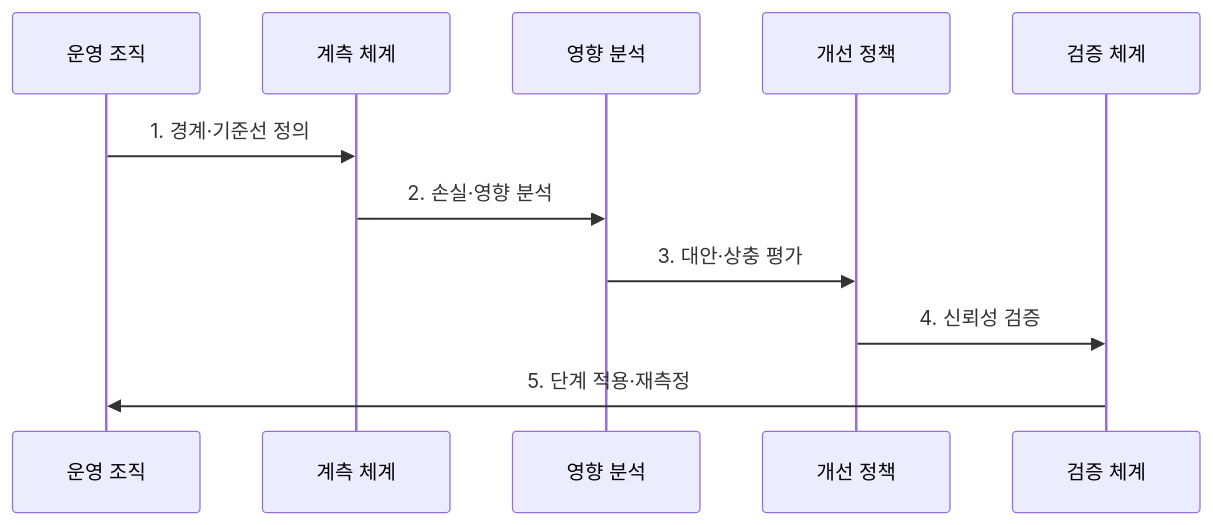
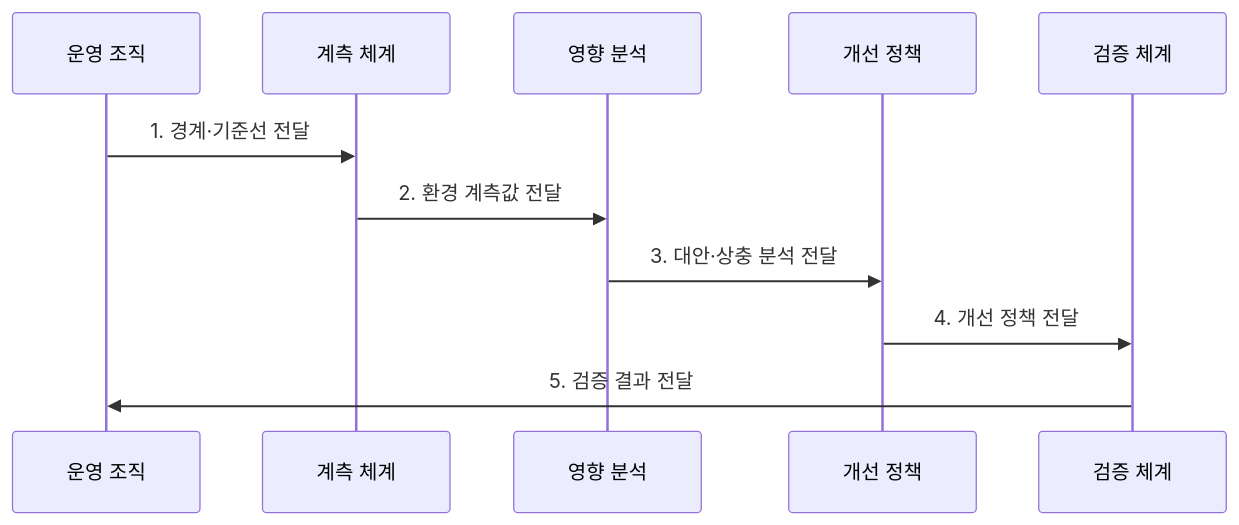
One commit to agnusdei1207/knowledge-base changed the second of 2 diagrams in src/content/docs/notes/08-latest-tech/197_green_data_center.md. Above: the diagram before and after it, drawn with Mermaid. The commit also changed other lines of this file and 225 other files, not shown here.

````diff
--- a/src/content/docs/notes/08-latest-tech/197_green_data_center.md
+++ b/src/content/docs/notes/08-latest-tech/197_green_data_center.md
@@ -75,13 +75,13 @@
 ```mermaid
 sequenceDiagram
   participant O as 운영 조직
   participant M as 계측 체계
   participant A as 영향 분석
   participant P as 개선 정책
   participant V as 검증 체계
-  O->>M: 1. 경계·기준선 정의
-  M->>A: 2. 손실·영향 분석
-  A->>P: 3. 대안·상충 평가
-  P->>V: 4. 신뢰성 검증
-  V->>O: 5. 단계 적용·재측정
+  O->>M: 1. 경계·기준선 전달
+  M->>A: 2. 환경 계측값 전달
+  A->>P: 3. 대안·상충 분석 전달
+  P->>V: 4. 개선 정책 전달
+  V->>O: 5. 검증 결과 전달
 ```
````
